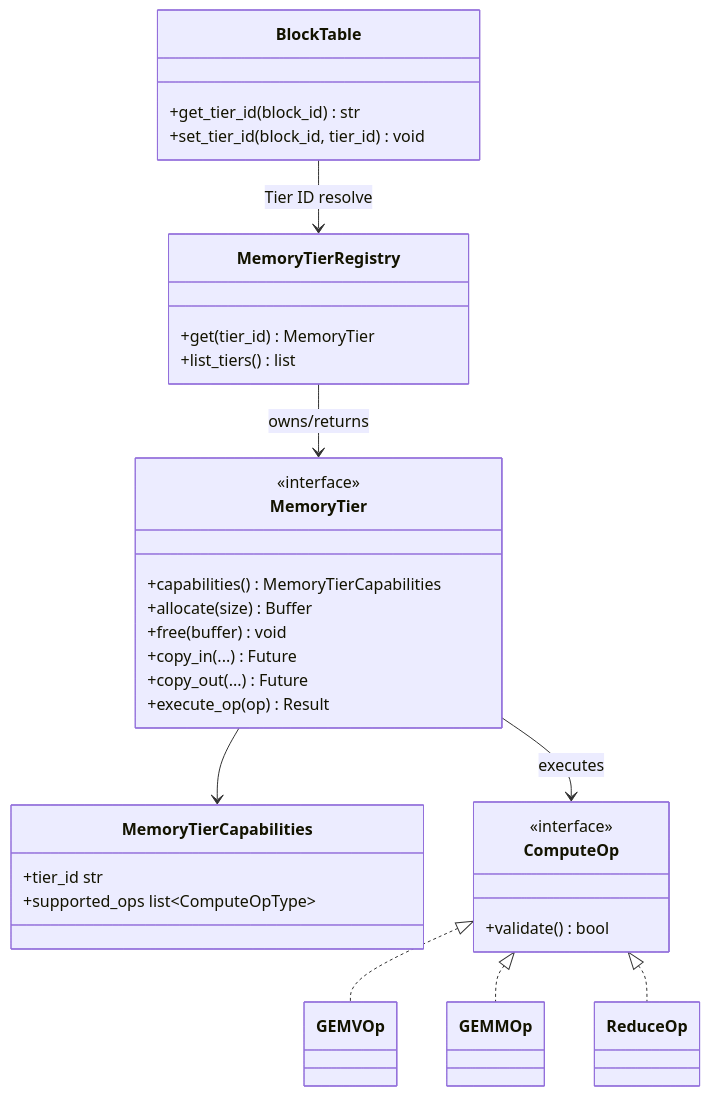
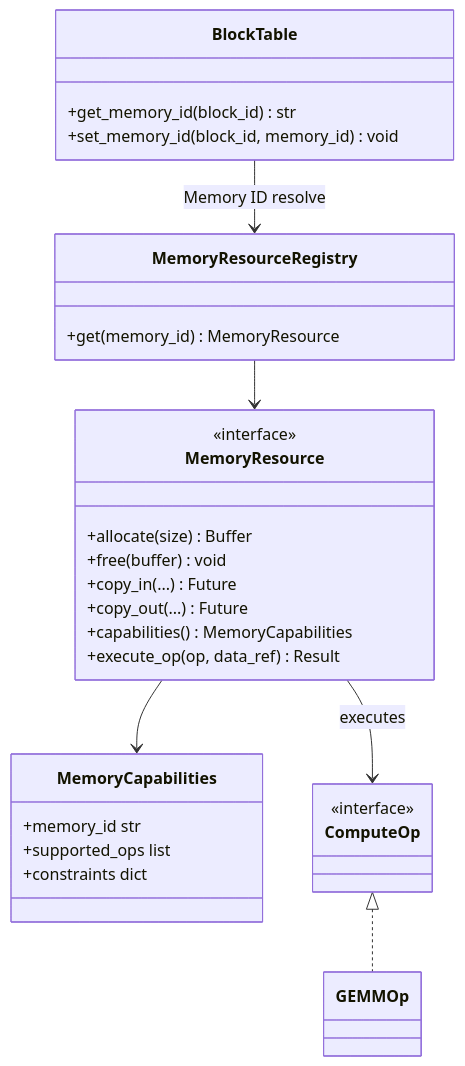
One commit to mkim0628/vllm changed the second of 8 diagrams in doc-mk/vllm-compute-capable-memory-candidates.md. Above: the diagram before and after it, drawn with Mermaid. The commit also changed other lines of this file, not shown here.

````diff
--- a/doc-mk/vllm-compute-capable-memory-candidates.md
+++ b/doc-mk/vllm-compute-capable-memory-candidates.md
@@ -198,44 +122,33 @@
 ```mermaid
 classDiagram
     class BlockTable {
-        +get_tier_id(block_id) str
-        +set_tier_id(block_id, tier_id) void
+        +get_memory_id(block_id) str
+        +set_memory_id(block_id, memory_id) void
     }
-
-    class MemoryTierRegistry {
-        +get(tier_id) MemoryTier
-        +list_tiers() list
+    class MemoryResourceRegistry {
+        +get(memory_id) MemoryResource
     }
-
-    class MemoryTierCapabilities {
-        +tier_id str
-        +supported_ops list~ComputeOpType~
-    }
-
-    class MemoryTier {
+    class MemoryResource {
         <<interface>>
-        +capabilities() MemoryTierCapabilities
         +allocate(size) Buffer
         +free(buffer) void
         +copy_in(...) Future
         +copy_out(...) Future
-        +execute_op(op) Result
+        +capabilities() MemoryCapabilities
+        +execute_op(op, data_ref) Result
     }
-
+    class MemoryCapabilities {
+        +memory_id str
+        +supported_ops list
+        +constraints dict
+    }
     class ComputeOp {
         <<interface>>
-        +validate() bool
     }
-
-    class GEMVOp
     class GEMMOp
-    class ReduceOp
-    ComputeOp <|.. GEMVOp
     ComputeOp <|.. GEMMOp
-    ComputeOp <|.. ReduceOp
-
-    BlockTable --> MemoryTierRegistry : Tier ID resolve
-    MemoryTierRegistry --> MemoryTier : owns/returns
-    MemoryTier --> MemoryTierCapabilities
-    MemoryTier --> ComputeOp : executes
+    BlockTable --> MemoryResourceRegistry : Memory ID resolve
+    MemoryResourceRegistry --> MemoryResource
+    MemoryResource --> MemoryCapabilities
+    MemoryResource --> ComputeOp : executes
 ```
````
